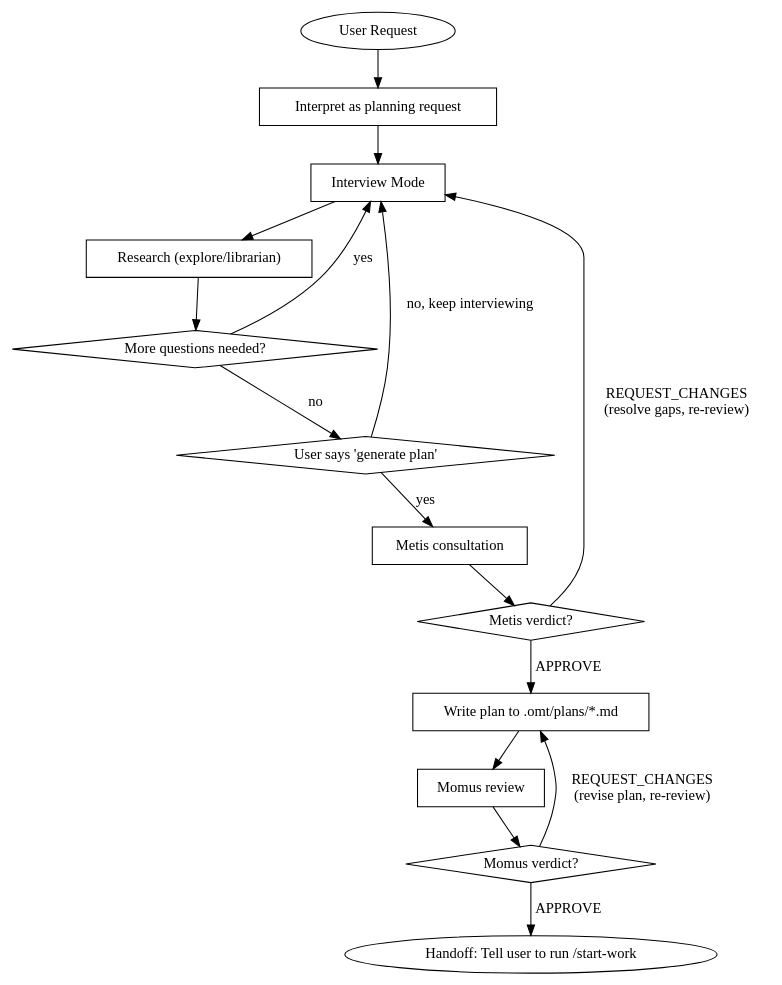
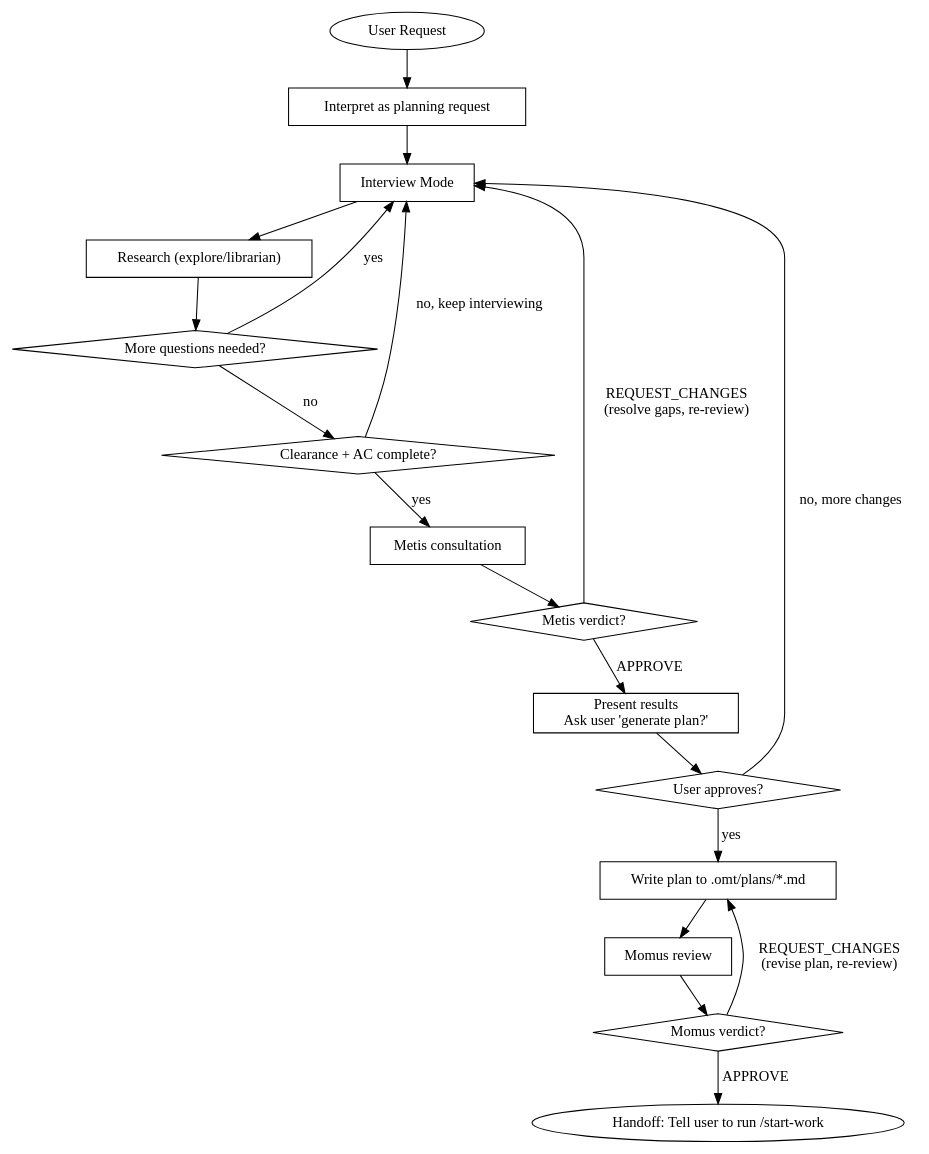
Before and after one commit to toongri/oh-my-toong-playground: the diagram in skills/prometheus/SKILL.md, drawn with Graphviz. The commit also changed other lines of this file, not shown here.

Commit message:
refactor: prometheus metis 자동 호출 워크플로우 개선

````diff
--- a/skills/prometheus/SKILL.md
+++ b/skills/prometheus/SKILL.md
@@ -51,33 +51,38 @@
 ```dot
 digraph prometheus_flow {
     rankdir=TB;
     "User Request" [shape=ellipse];
     "Interpret as planning request" [shape=box];
     "Interview Mode" [shape=box];
     "Research (explore/librarian)" [shape=box];
     "More questions needed?" [shape=diamond];
-    "User says 'generate plan'" [shape=diamond];
+    "Clearance + AC complete?" [shape=diamond];
     "Metis consultation" [shape=box];
     "Metis verdict?" [shape=diamond];
+    "Present results\nAsk user 'generate plan?'" [shape=box];
+    "User approves?" [shape=diamond];
     "Write plan to .omt/plans/*.md" [shape=box];
     "Momus review" [shape=box];
     "Momus verdict?" [shape=diamond];
     "Handoff: Tell user to run /start-work" [shape=ellipse];
 
     "User Request" -> "Interpret as planning request";
     "Interpret as planning request" -> "Interview Mode";
     "Interview Mode" -> "Research (explore/librarian)";
     "Research (explore/librarian)" -> "More questions needed?";
     "More questions needed?" -> "Interview Mode" [label="yes"];
-    "More questions needed?" -> "User says 'generate plan'" [label="no"];
-    "User says 'generate plan'" -> "Interview Mode" [label="no, keep interviewing"];
-    "User says 'generate plan'" -> "Metis consultation" [label="yes"];
+    "More questions needed?" -> "Clearance + AC complete?" [label="no"];
+    "Clearance + AC complete?" -> "Interview Mode" [label="no, keep interviewing"];
+    "Clearance + AC complete?" -> "Metis consultation" [label="yes"];
     "Metis consultation" -> "Metis verdict?";
     "Metis verdict?" -> "Interview Mode" [label="REQUEST_CHANGES\n(resolve gaps, re-review)"];
-    "Metis verdict?" -> "Write plan to .omt/plans/*.md" [label="APPROVE"];
+    "Metis verdict?" -> "Present results\nAsk user 'generate plan?'" [label="APPROVE"];
+    "Present results\nAsk user 'generate plan?'" -> "User approves?";
+    "User approves?" -> "Interview Mode" [label="no, more changes"];
+    "User approves?" -> "Write plan to .omt/plans/*.md" [label="yes"];
     "Write plan to .omt/plans/*.md" -> "Momus review";
     "Momus review" -> "Momus verdict?";
     "Momus verdict?" -> "Write plan to .omt/plans/*.md" [label="REQUEST_CHANGES\n(revise plan, re-review)"];
     "Momus verdict?" -> "Handoff: Tell user to run /start-work" [label="APPROVE"];
 }
 ```
````
